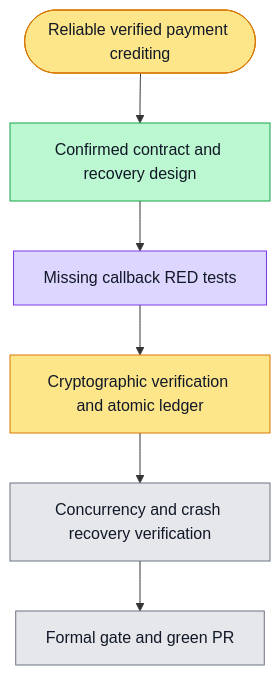
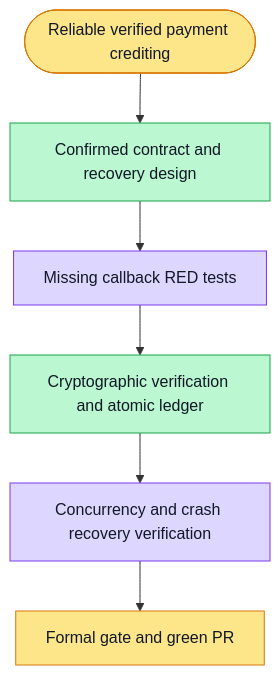
One commit to boardx/workspacex changed the diagram in phases/phase-21-billing-payment/sprints/sprint-05/plans/F05.plan.md. Above: the diagram before and after it, drawn with Mermaid. The commit also changed 14 other files, not shown here.

````diff
--- a/phases/phase-21-billing-payment/sprints/sprint-05/plans/F05.plan.md
+++ b/phases/phase-21-billing-payment/sprints/sprint-05/plans/F05.plan.md
@@ -9,22 +9,23 @@
 ```mermaid
 flowchart TD
   G([Reliable verified payment crediting])
   S1[Confirmed contract and recovery design]
   S2[Missing callback RED tests]
   S3[Cryptographic verification and atomic ledger]
   S4[Concurrency and crash recovery verification]
   S5[Formal gate and green PR]
   G --> S1 --> S2 --> S3 --> S4 --> S5
   classDef todo fill:#e5e7eb,stroke:#6b7280,color:#111827
   classDef doing fill:#fde68a,stroke:#d97706,color:#111827
   classDef done fill:#bbf7d0,stroke:#16a34a,color:#111827
   classDef tested fill:#ddd6fe,stroke:#7c3aed,color:#111827
   classDef blocked fill:#fecaca,stroke:#dc2626,color:#111827
   class G doing
   class S1 done
   class S2 tested
   %% evidence S2: 21 behavioral assertions failed against missing callback; isolated PostgreSQL fixture healthy.
-  class S3 doing
-  class S4 todo
-  class S5 todo
+  class S3 done
+  class S4 tested
+  %% evidence S4: 64 focused assertions passed at 2e3c2ef74; API type/lint, contracts type and default init all exit0. Failed rounds and RED counterexamples retained in evidence.
+  class S5 doing
 ```
````
